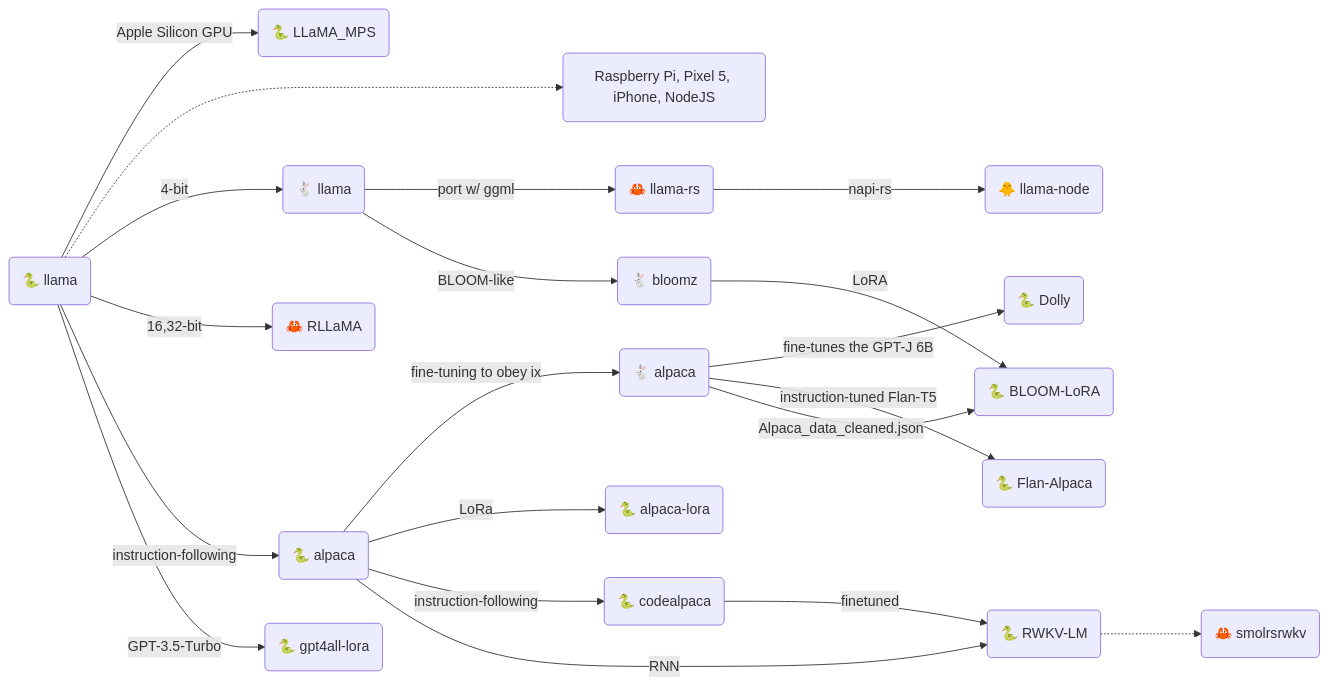
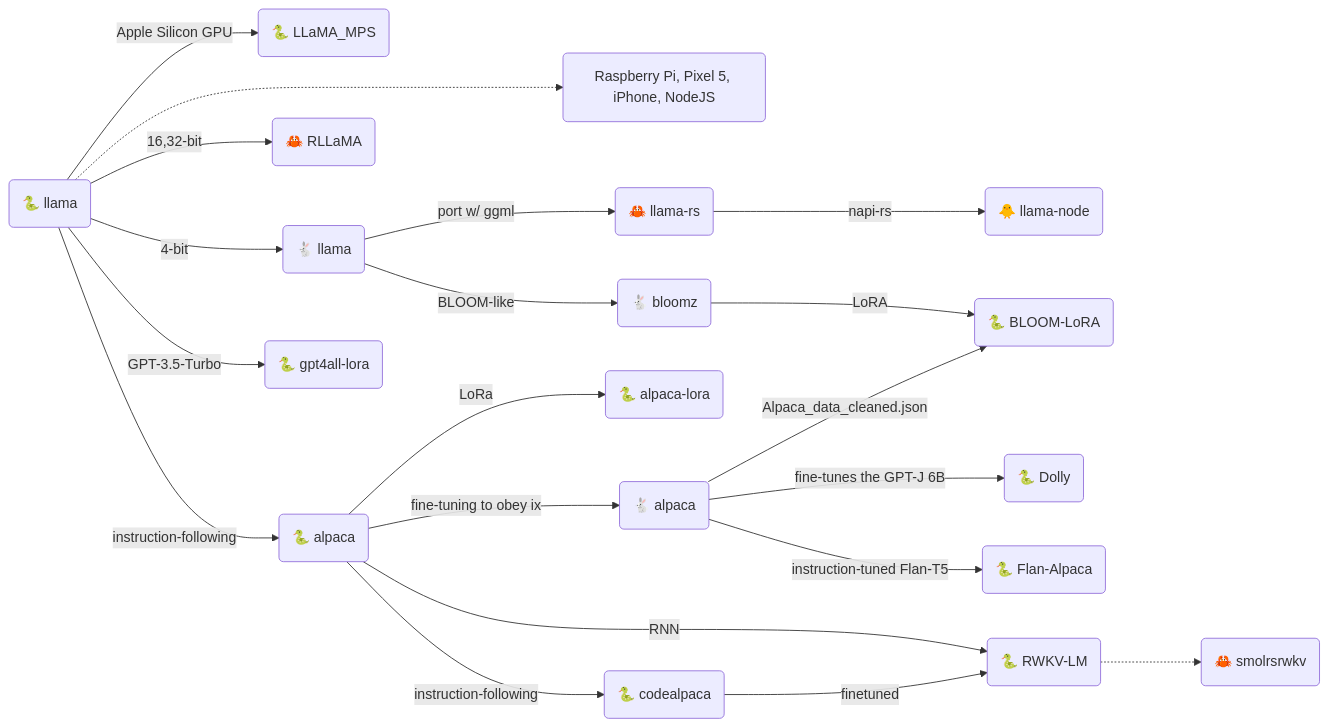
Before and after one commit to gist-rs/book: the second of 4 diagrams in src/ml/llama.md, drawn with Mermaid. The commit also changed other lines of this file, not shown here.

````diff
--- a/src/ml/llama.md
+++ b/src/ml/llama.md
@@ -43,21 +43,21 @@
 ```mermaid
 graph LR;
 A --Apple Silicon GPU--> AA("🐍 LLaMA_MPS")
 A -..-> AAA("Raspberry Pi, Pixel 5, iPhone, NodeJS")
 A("🐍 llama") --"4-bit"--> B("🐇 llama")
 B --port w/ ggml--> C("🦀 llama-rs")
 A --"16,32-bit"--> CC("🦀 RLLaMA")
 C --"napi-rs"--> I("🐥 llama-node")
 E --"fine-tuning to obey ix"--> D("🐇 alpaca")
 A --instruction-following--> E("🐍 alpaca") --LoRa--> F("🐍 alpaca-lora")
 E --instruction-following--> H("🐍 codealpaca")
+B --BLOOM-like--> BB("🐇 bloomz")
+BB --LoRA--> DDDD("🐍 BLOOM-LoRA")
 D --"fine-tunes the GPT-J 6B"--> DD("🐍 Dolly")
 D --"instruction-tuned Flan-T5"--> DDD("🐍 Flan-Alpaca")
-B --BLOOM-like--> BB("🐇 bloomz")
-BB --LoRA--> DDDD("🐍 BLOOM-LoRA")
 D --Alpaca_data_cleaned.json--> DDDD
 E --RNN-->EE("🐍 RWKV-LM")
 H --finetuned--> EE
 EE("🐍 RWKV-LM") -..-> EEE("🦀 smolrsrwkv")
 A --"GPT-3.5-Turbo"--> FF("🐍 gpt4all-lora")
 ```
````
